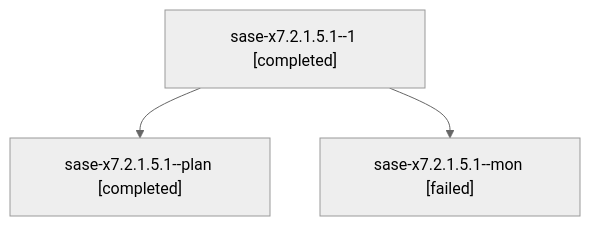
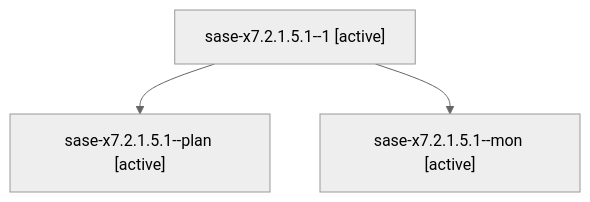
Before and after one commit to sase-org/sase--agents: the diagram in families/bbugyi200.athena.sase-x7.2.1.5.1.md, drawn with Mermaid (neutral theme). The commit also changed other lines of this file and 35830 other files, not shown here.

````diff
--- a/families/bbugyi200.athena.sase-x7.2.1.5.1.md
+++ b/families/bbugyi200.athena.sase-x7.2.1.5.1.md
@@ -9,8 +9,8 @@
 ```mermaid
 flowchart TD
-  n0["sase-x7.2.1.5.1--1 [completed]"]
-  n1["sase-x7.2.1.5.1--plan [completed]"]
+  n0["sase-x7.2.1.5.1--1 [active]"]
+  n1["sase-x7.2.1.5.1--plan [active]"]
   n0 --> n1
-  n2["sase-x7.2.1.5.1--mon [failed]"]
+  n2["sase-x7.2.1.5.1--mon [active]"]
   n0 --> n2
 ```
````
